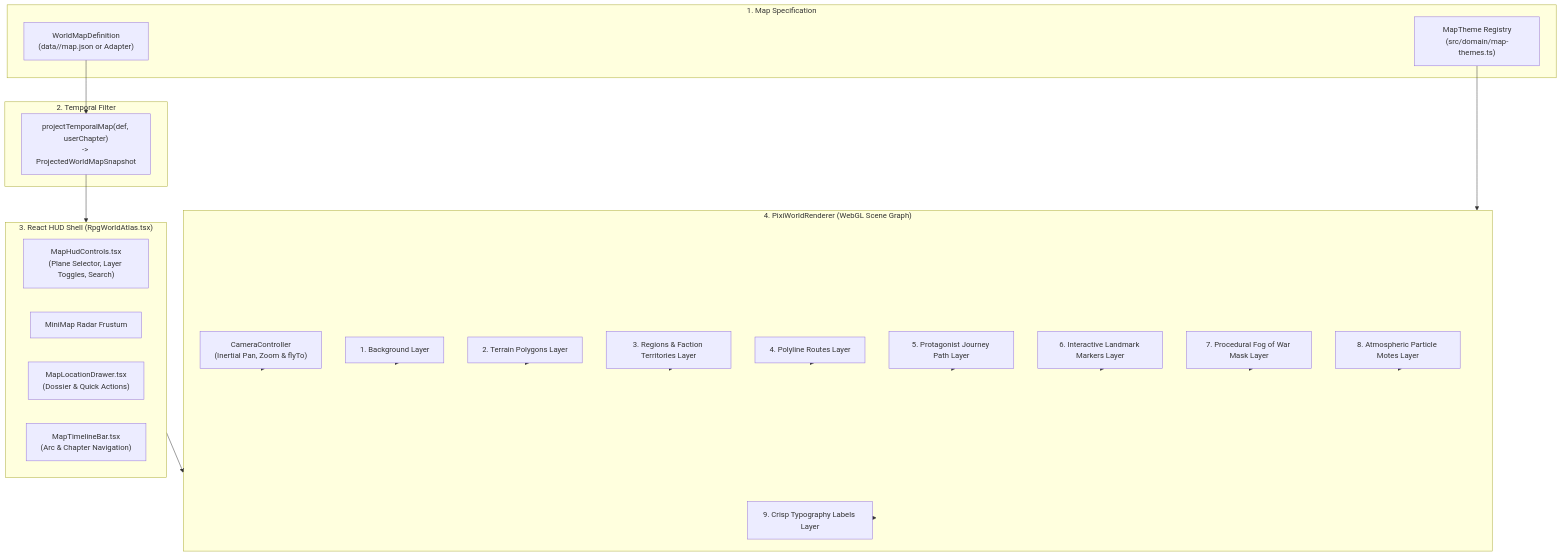
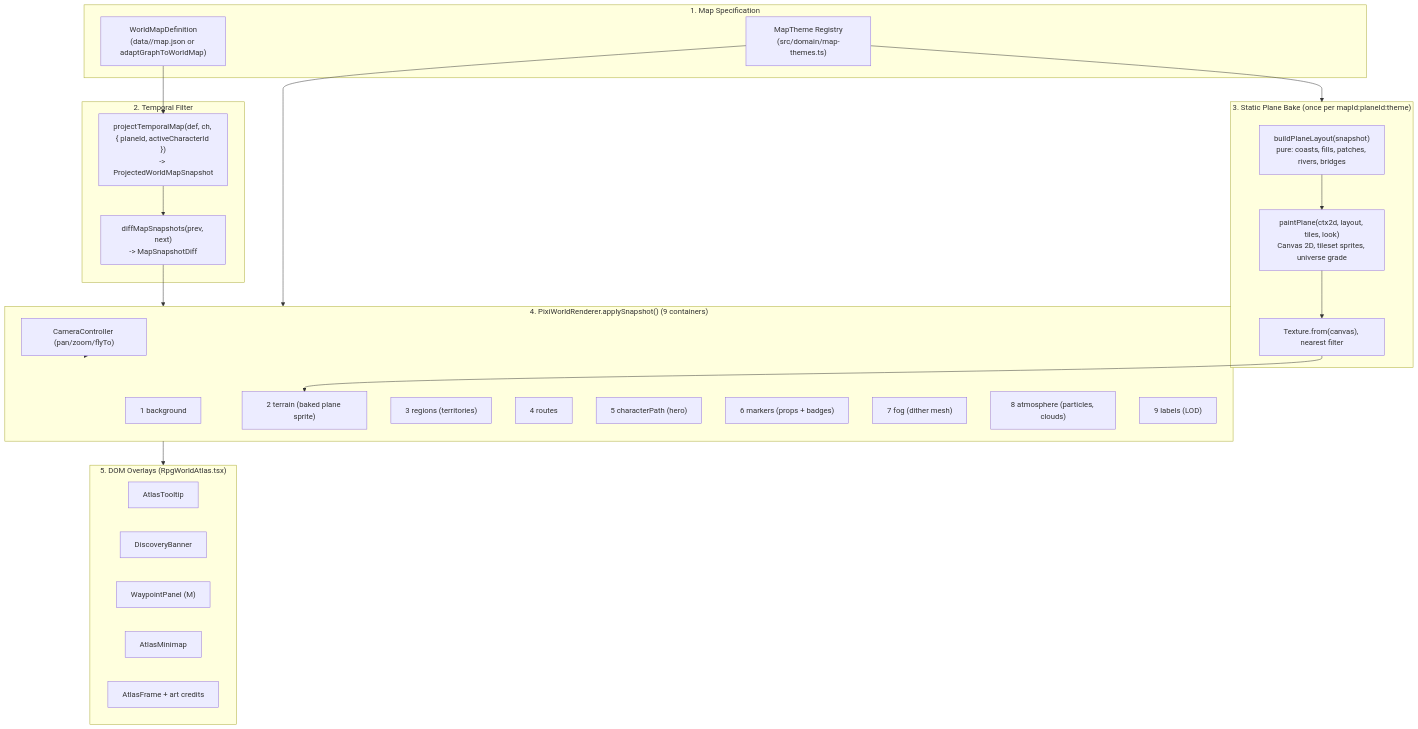
The second of 2 diagrams in ARCHITECTURE.md (NaikDeepak/omni-lore), drawn with Mermaid before and after one commit. The commit also changed other lines of this file and 3 other files, not shown here.

Commit message:
docs(map): document level-select tileset atlas engine v3

````diff
--- a/ARCHITECTURE.md
+++ b/ARCHITECTURE.md
@@ -186,38 +186,49 @@
 ```mermaid
 flowchart TD
     subgraph Data["1. Map Specification"]
-        DEF["WorldMapDefinition<br/>(data/<slug>/map.json or Adapter)"]
+        DEF["WorldMapDefinition<br/>(data/<slug>/map.json or adaptGraphToWorldMap)"]
         THEME["MapTheme Registry<br/>(src/domain/map-themes.ts)"]
     end
 
     subgraph Projection["2. Temporal Filter"]
-        PROJ["projectTemporalMap(def, userChapter)<br/>-> ProjectedWorldMapSnapshot"]
+        PROJ["projectTemporalMap(def, ch, { planeId, activeCharacterId })<br/>-> ProjectedWorldMapSnapshot"]
+        DIFF["diffMapSnapshots(prev, next)<br/>-> MapSnapshotDiff"]
+        PROJ --> DIFF
     end
 
-    subgraph Container["3. React HUD Shell (RpgWorldAtlas.tsx)"]
-        HUD["MapHudControls.tsx<br/>(Plane Selector, Layer Toggles, Search)"]
-        MINI["MiniMap Radar Frustum"]
-        DRAWER["MapLocationDrawer.tsx<br/>(Dossier & Quick Actions)"]
-        TIME["MapTimelineBar.tsx<br/>(Arc & Chapter Navigation)"]
+    subgraph Bake["3. Static Plane Bake (once per mapId:planeId:theme)"]
+        LAYOUT["buildPlaneLayout(snapshot)<br/>pure: coasts, fills, patches, rivers, bridges"]
+        PAINT["paintPlane(ctx2d, layout, tiles, look)<br/>Canvas 2D, tileset sprites, universe grade"]
+        TEX["Texture.from(canvas), nearest filter"]
+        LAYOUT --> PAINT --> TEX
     end
 
-    subgraph Renderer["4. PixiWorldRenderer (WebGL Scene Graph)"]
-        CAM["CameraController<br/>(Inertial Pan, Zoom & flyTo)"]
-        L1["1. Background Layer"]
-        L2["2. Terrain Polygons Layer"]
-        L3["3. Regions & Faction Territories Layer"]
-        L4["4. Polyline Routes Layer"]
-        L5["5. Protagonist Journey Path Layer"]
-        L6["6. Interactive Landmark Markers Layer"]
-        L7["7. Procedural Fog of War Mask Layer"]
-        L8["8. Atmospheric Particle Motes Layer"]
-        L9["9. Crisp Typography Labels Layer"]
+    subgraph Renderer["4. PixiWorldRenderer.applySnapshot() (9 containers)"]
+        CAM["CameraController (pan/zoom/flyTo)"]
+        L1["1 background"] 
+        L2["2 terrain (baked plane sprite)"]
+        L3["3 regions (territories)"]
+        L4["4 routes"]
+        L5["5 characterPath (hero)"]
+        L6["6 markers (props + badges)"]
+        L7["7 fog (dither mesh)"]
+        L8["8 atmosphere (particles, clouds)"]
+        L9["9 labels (LOD)"]
+    end
+
+    subgraph HUD["5. DOM Overlays (RpgWorldAtlas.tsx)"]
+        TIP["AtlasTooltip"]
+        BAN["DiscoveryBanner"]
+        WP["WaypointPanel (M)"]
+        MIN["AtlasMinimap"]
+        FR["AtlasFrame + art credits"]
     end
 
     DEF --> PROJ
+    THEME --> Bake
     THEME --> Renderer
-    PROJ --> Container
-    Container --> Renderer
+    DIFF --> Renderer
+    TEX --> L2
     CAM --> Renderer
-    L1 & L2 & L3 & L4 & L5 & L6 & L7 & L8 & L9 --> Renderer
+    Renderer --> HUD
 ```
````
